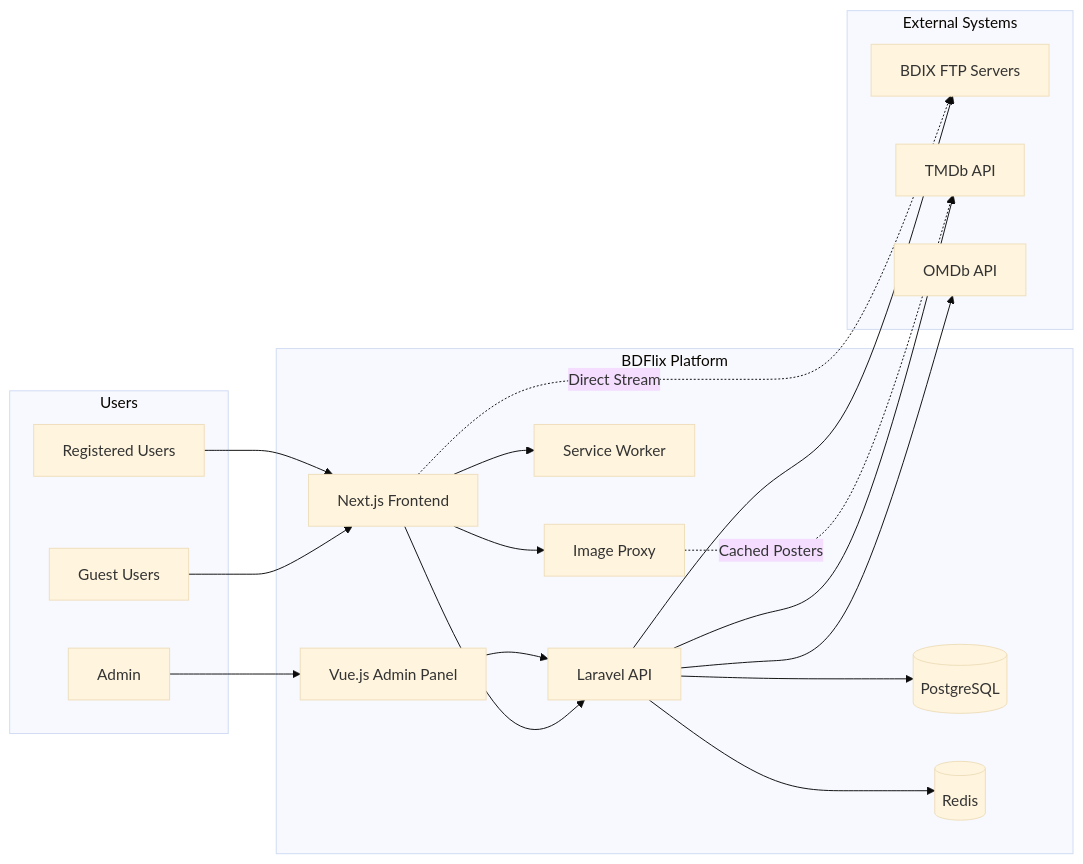
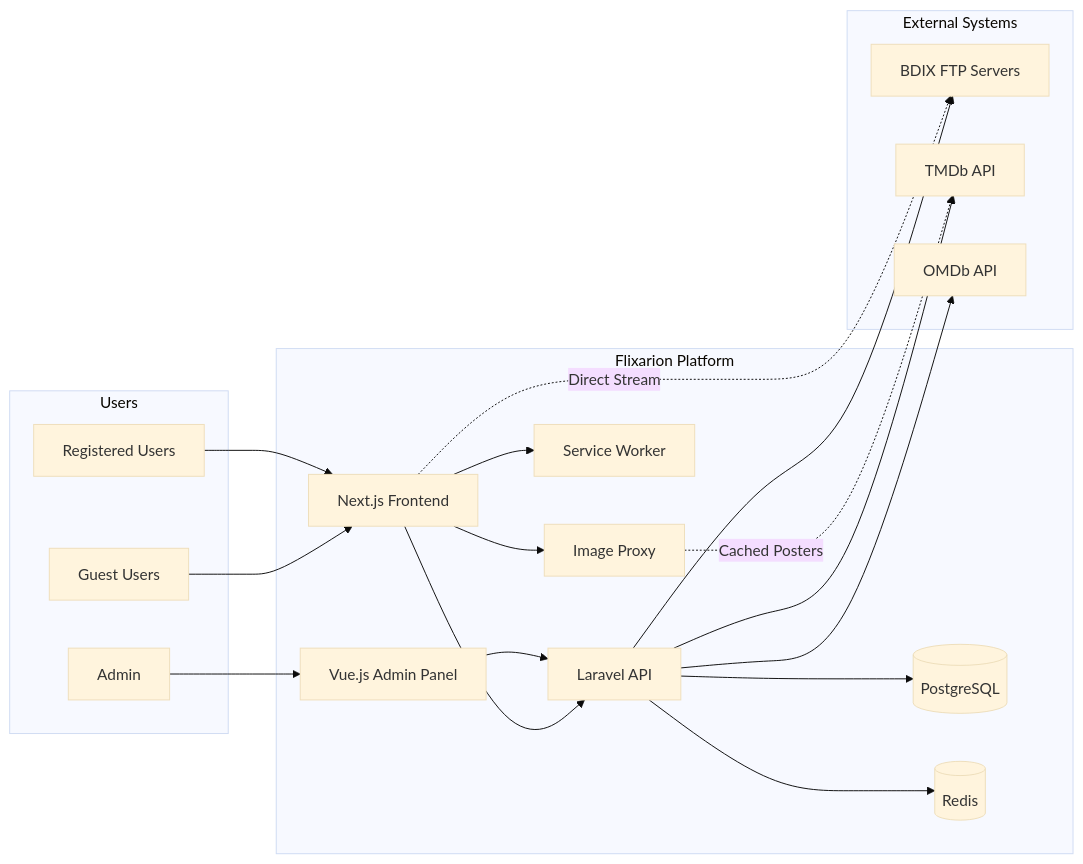
The diagram in docs/SRS.md (Iftekhar-Tasnim/Flixarion), drawn with Mermaid (base theme) before and after one commit. The commit also changed other lines of this file and 9 other files, not shown here.

````diff
--- a/docs/SRS.md
+++ b/docs/SRS.md
@@ -59,39 +62,39 @@
 ```mermaid
 graph LR
     subgraph "Users"
         G[Guest Users]
         R[Registered Users]
         A[Admin]
     end
     
-    subgraph "BDFlix Platform"
+    subgraph "Flixarion Platform"
         FE[Next.js Frontend]
         AP[Vue.js Admin Panel]
         BE[Laravel API]
         DB[(PostgreSQL)]
         CA[(Redis)]
         SW[Service Worker]
         IP[Image Proxy]
     end
     
     subgraph "External Systems"
         BDIX[BDIX FTP Servers]
         TMDB[TMDb API]
         OMDB[OMDb API]
     end
     
     G --> FE
     R --> FE
     A --> AP
     FE --> BE
     AP --> BE
     BE --> DB
     BE --> CA
     BE --> TMDB
     BE --> OMDB
     BE --> BDIX
     FE -.->|Direct Stream| BDIX
     FE --> SW
     FE --> IP
     IP -.->|Cached Posters| TMDB
 ```
````
